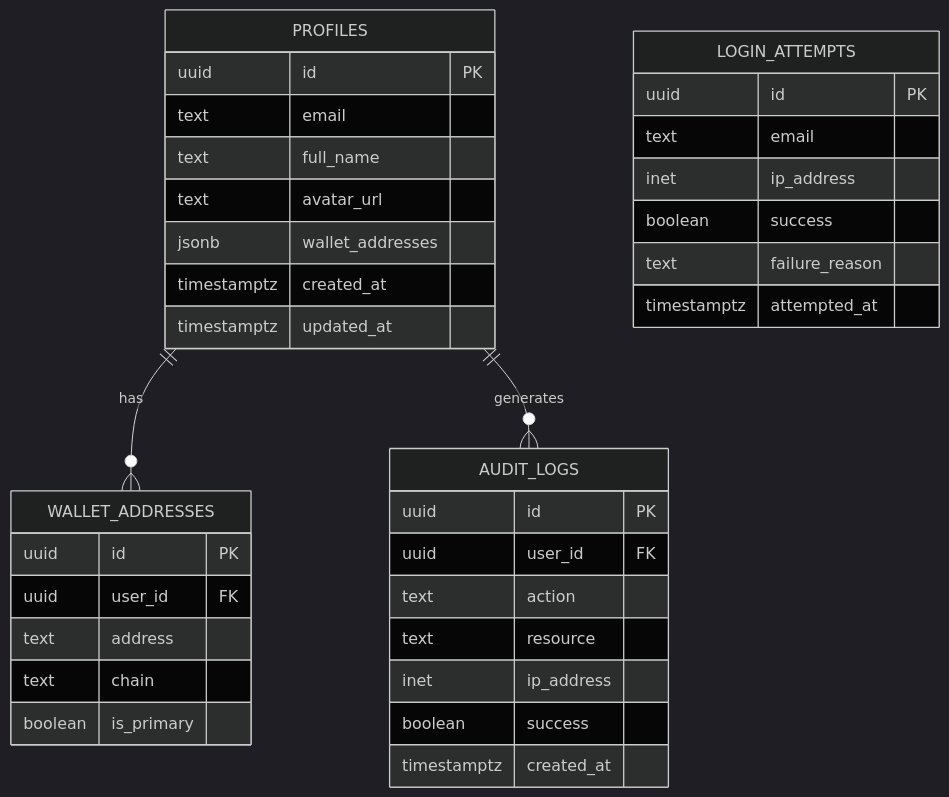
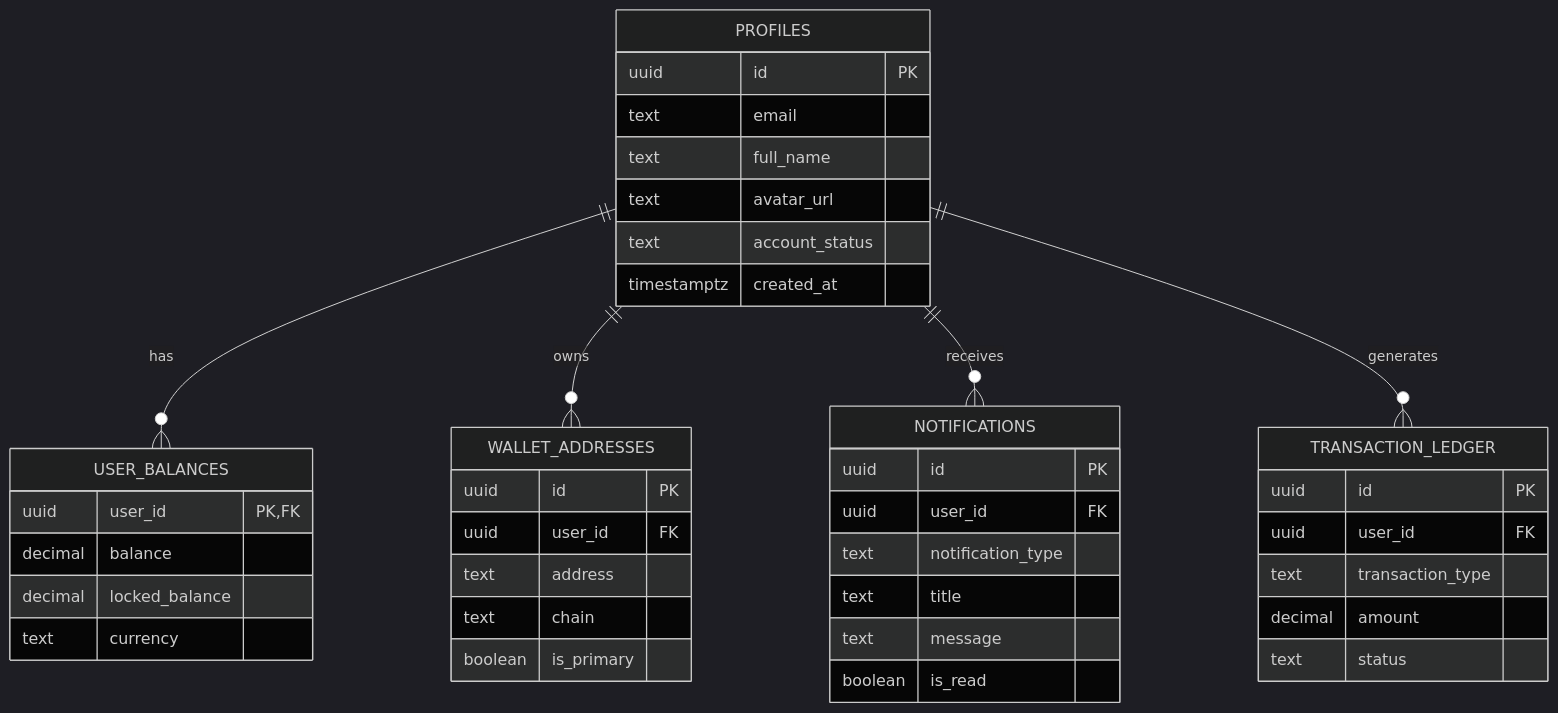
Before and after one commit to blockalphadev/dejavu: the fourth of 6 diagrams in documentation/Doc.md, drawn with Mermaid (dark theme). The commit also changed other lines of this file and 49 other files, not shown here.

````diff
--- a/documentation/Doc.md
+++ b/documentation/Doc.md
@@ -503,42 +481,48 @@
 ```mermaid
 erDiagram
     PROFILES {
         uuid id PK
         text email
         text full_name
         text avatar_url
-        jsonb wallet_addresses
+        text account_status
         timestamptz created_at
-        timestamptz updated_at
+    }
+
+    USER_BALANCES {
+        uuid user_id PK,FK
+        decimal balance
+        decimal locked_balance
+        text currency
     }
 
     WALLET_ADDRESSES {
         uuid id PK
         uuid user_id FK
         text address
         text chain
         boolean is_primary
     }
 
-    LOGIN_ATTEMPTS {
+    NOTIFICATIONS {
         uuid id PK
-        text email
-        inet ip_address
-        boolean success
-        text failure_reason
-        timestamptz attempted_at
+        uuid user_id FK
+        text notification_type
+        text title
+        text message
+        boolean is_read
     }
 
-    AUDIT_LOGS {
+    TRANSACTION_LEDGER {
         uuid id PK
         uuid user_id FK
-        text action
-        text resource
-        inet ip_address
-        boolean success
-        timestamptz created_at
+        text transaction_type
+        decimal amount
+        text status
     }
 
-    PROFILES ||--o{ WALLET_ADDRESSES : has
-    PROFILES ||--o{ AUDIT_LOGS : generates
+    PROFILES ||--o{ USER_BALANCES : has
+    PROFILES ||--o{ WALLET_ADDRESSES : owns
+    PROFILES ||--o{ NOTIFICATIONS : receives
+    PROFILES ||--o{ TRANSACTION_LEDGER : generates
 ```
````
